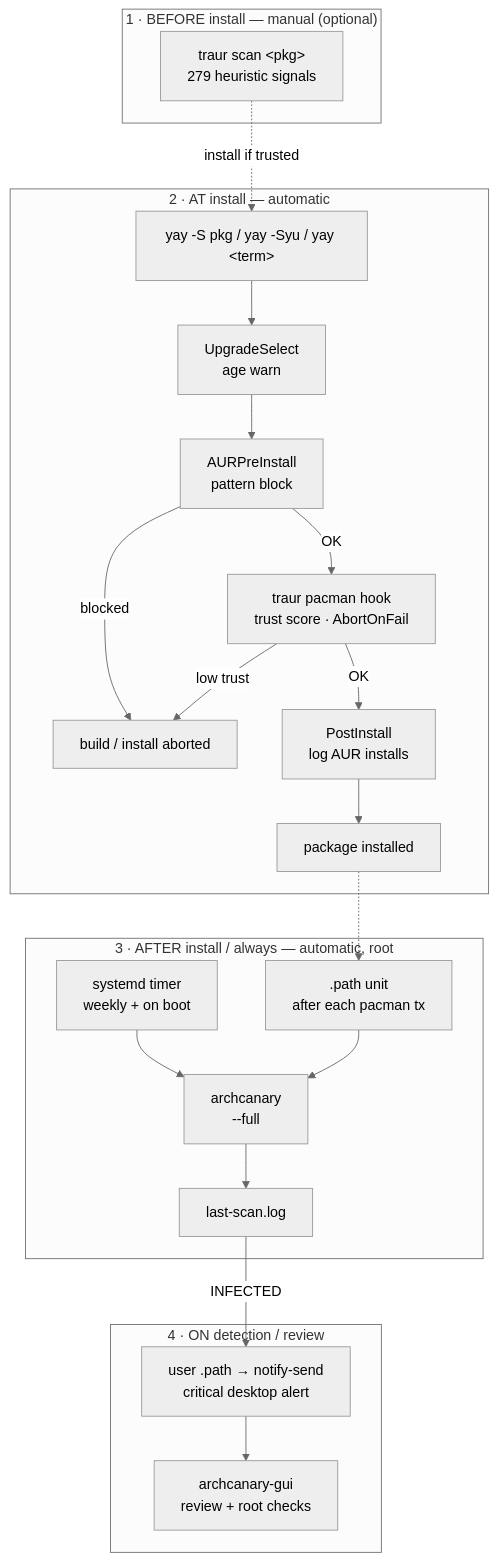
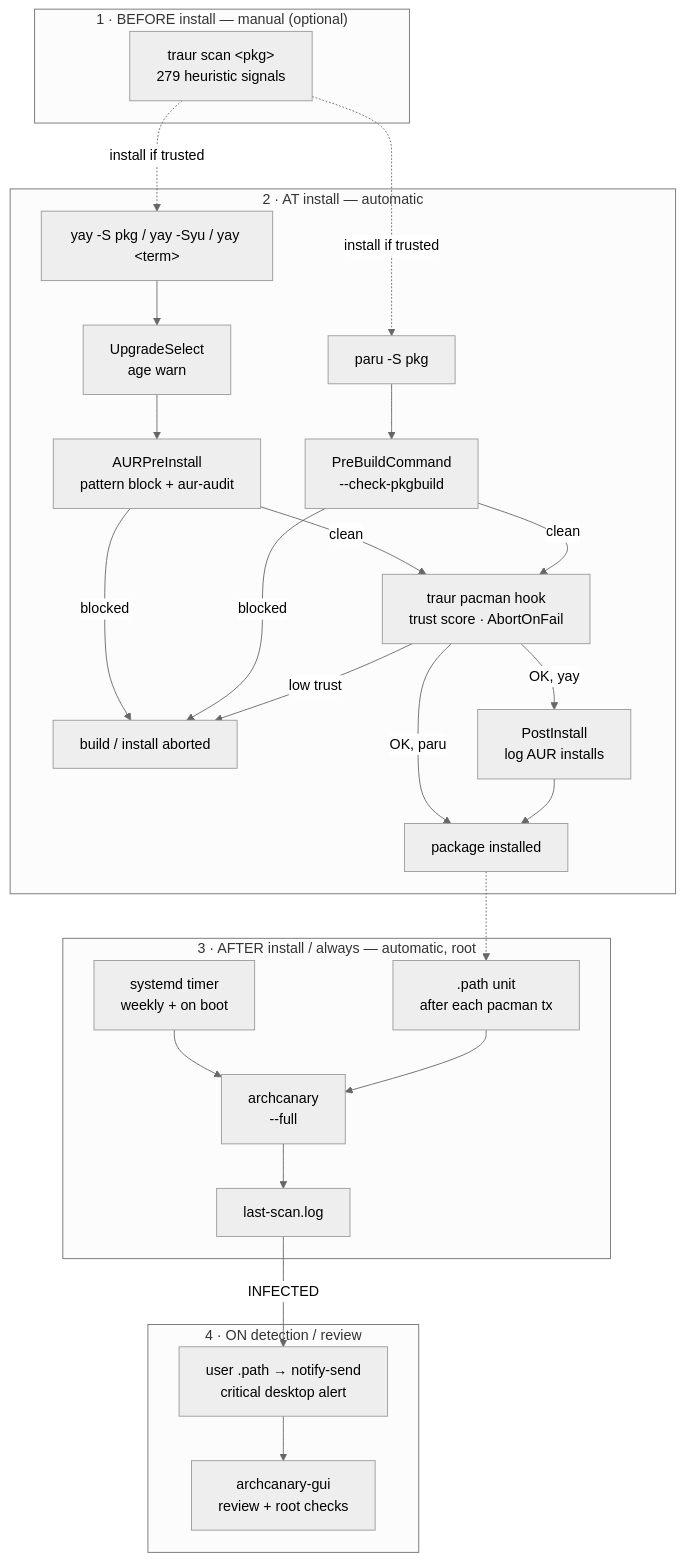
One commit to musqz/archcanary changed the diagram in docs/overview.md. Above: the diagram before and after it, drawn with Mermaid (neutral theme). The commit also changed other lines of this file and 1 other file, not shown here.

Commit message:
docs: cover the paru PreBuildCommand hook and yay's clean-message merge (#169)
README's dependency table, doctor section-alias help text, and the
detection-layers/aur-audit prose still only described yay's hooks.
docs/overview.md's diagram and at-a-glance table were the same --
paru had no entry point at all, and the aur-audit black/red note on
yay's hook didn't mention it has no paru equivalent (--check-pkgbuild
only covers the obfuscation patterns, not that lookup).

````diff
--- a/docs/overview.md
+++ b/docs/overview.md
@@ -10,30 +10,35 @@
 ```mermaid
 flowchart TD
     subgraph PRE["1 · BEFORE install — manual (optional)"]
         T["traur scan &lt;pkg&gt;<br/>279 heuristic signals"]
     end
 
     subgraph AT["2 · AT install — automatic"]
         U["yay -S pkg / yay -Syu / yay &lt;term&gt;"] --> SEL["UpgradeSelect<br/>age warn"]
-        SEL --> PRI["AURPreInstall<br/>pattern block"]
+        SEL --> PRI["AURPreInstall<br/>pattern block + aur-audit"]
+        UP["paru -S pkg"] --> PBC["PreBuildCommand<br/>--check-pkgbuild"]
         PRI -->|blocked| AB["build / install aborted"]
-        PRI -->|OK| TH["traur pacman hook<br/>trust score · AbortOnFail"]
+        PBC -->|blocked| AB
+        PRI -->|clean| TH["traur pacman hook<br/>trust score · AbortOnFail"]
+        PBC -->|clean| TH
         TH -->|low trust| AB
-        TH -->|OK| POST["PostInstall<br/>log AUR installs"]
-        POST --> OK["package installed"]
+        TH -->|OK, yay| POST["PostInstall<br/>log AUR installs"]
+        TH -->|OK, paru| OK["package installed"]
+        POST --> OK
     end
 
     subgraph AFTER["3 · AFTER install / always — automatic, root"]
         TIM["systemd timer<br/>weekly + on boot"] --> SCAN["archcanary<br/>--full"]
         PTH[".path unit<br/>after each pacman tx"] --> SCAN
         SCAN --> LOG["last-scan.log"]
     end
 
     subgraph ALERT["4 · ON detection / review"]
         LOG -->|INFECTED| NOT["user .path → notify-send<br/>critical desktop alert"]
         NOT --> GUI["archcanary-gui<br/>review + root checks"]
     end
 
     T -.->|install if trusted| U
+    T -.->|install if trusted| UP
     OK -.-> PTH
 ```
````
